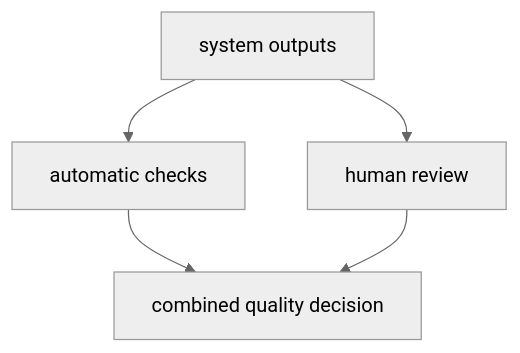
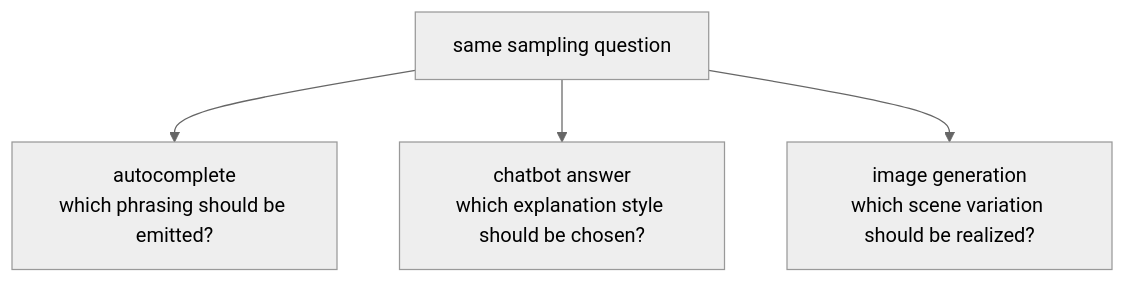
One commit to devchan64/AiBook changed the second of 2 diagrams in docs/parts/part-05/chapter-15/section-02.md. Above: the diagram before and after it, drawn with Mermaid (neutral theme). The commit also changed other lines of this file and 213 other files, not shown here.

````diff
--- a/docs/parts/part-05/chapter-15/section-02.md
+++ b/docs/parts/part-05/chapter-15/section-02.md
@@ -148,12 +156,11 @@
 ```mermaid
 flowchart TD
-  A["system outputs"]
-  B["automatic checks"]
-  C["human review"]
-  D["combined quality decision"]
+  A["same sampling question"]
+  B["autocomplete<br/>which phrasing should be emitted?"]
+  C["chatbot answer<br/>which explanation style should be chosen?"]
+  D["image generation<br/>which scene variation should be realized?"]
 
   A --> B
   A --> C
-  B --> D
-  C --> D
+  A --> D
 ```
````
